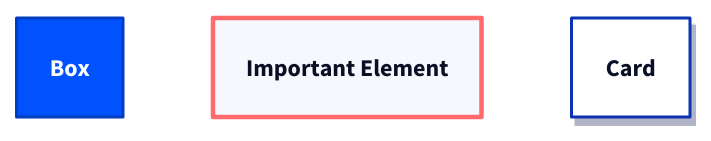
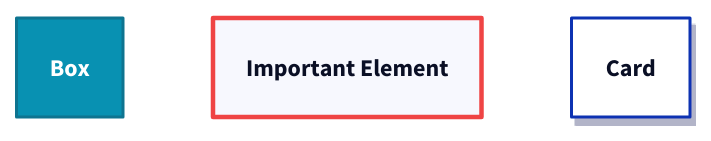
Before and after one commit to muskanbandta23/zopebooks: the third of 9 diagrams in guides/D2_DIAGRAM_GUIDE.md, drawn with D2. The commit also changed other lines of this file and 53 other files, not shown here.

````diff
--- a/guides/D2_DIAGRAM_GUIDE.md
+++ b/guides/D2_DIAGRAM_GUIDE.md
@@ -199,21 +199,21 @@
 ```d2
 # Fill color
 box: Box {
-  style.fill: "#0052FF"
-  style.stroke: "#003DBF"
+  style.fill: "#0891b2"
+  style.stroke: "#0e7490"
   style.font-color: "#ffffff"
 }
 
 # Stroke and width
 important: Important Element {
-  style.stroke: "#FF6B6B"
+  style.stroke: "#ef4444"
   style.stroke-width: 3
   style.bold: true
 }
 
 # Shadow
 card: Card {
   style.shadow: true
   style.fill: "#ffffff"
 }
 ```
````
